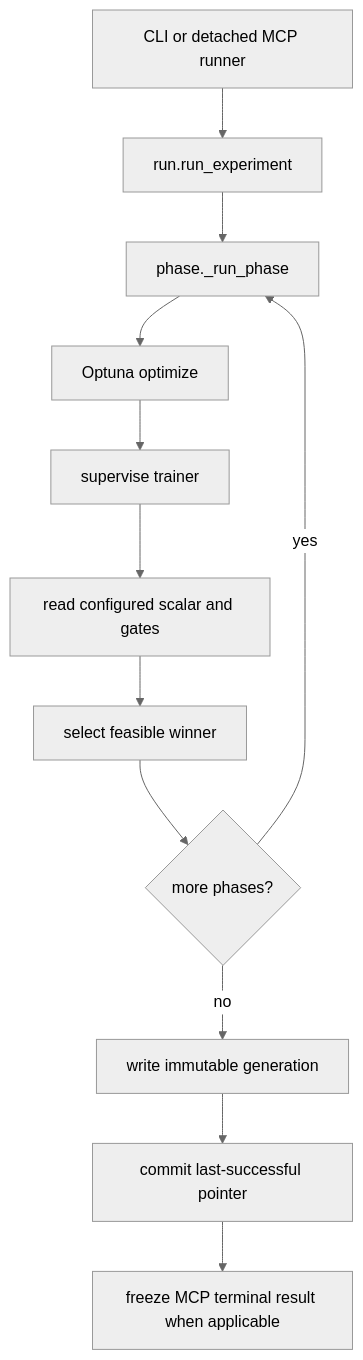
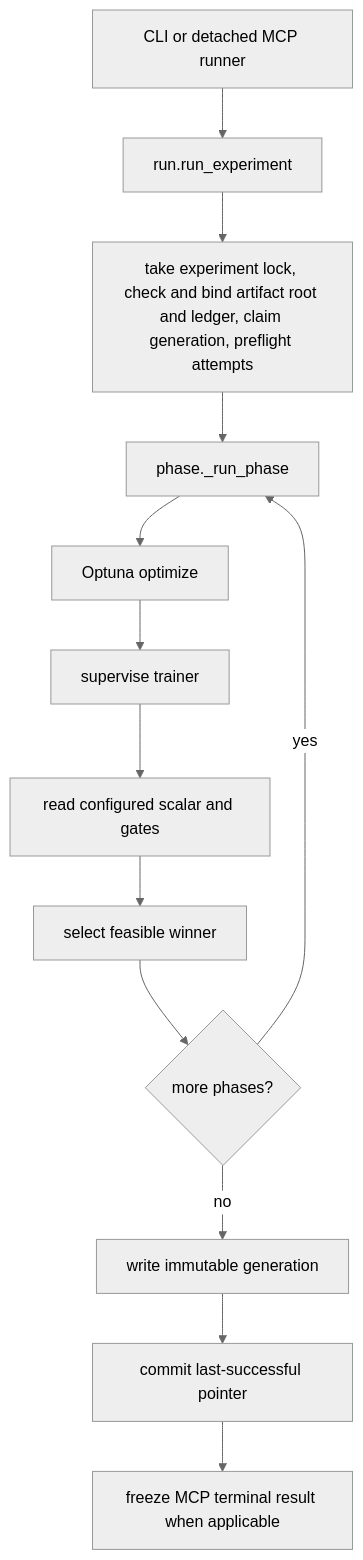
One commit to pszemraj/phasesweep changed the diagram in docs/development.md. Above: the diagram before and after it, drawn with Mermaid (neutral theme). The commit also changed other lines of this file and 394 other files, not shown here.

````diff
--- a/docs/development.md
+++ b/docs/development.md
@@ -121,14 +217,15 @@
 ```mermaid
 flowchart TD
     cli["CLI or detached MCP runner"] --> run["run.run_experiment"]
-    run --> phase["phase._run_phase"]
+    run --> preflight["take experiment lock, check and bind artifact root and ledger, claim generation, preflight attempts"]
+    preflight --> phase["phase._run_phase"]
     phase --> optimize["Optuna optimize"]
     optimize --> launch["supervise trainer"]
     launch --> evidence["read configured scalar and gates"]
     evidence --> select["select feasible winner"]
     select --> next{"more phases?"}
     next -->|yes| phase
     next -->|no| generation["write immutable generation"]
     generation --> pointer["commit last-successful pointer"]
     pointer --> snapshot["freeze MCP terminal result when applicable"]
 ```
````
